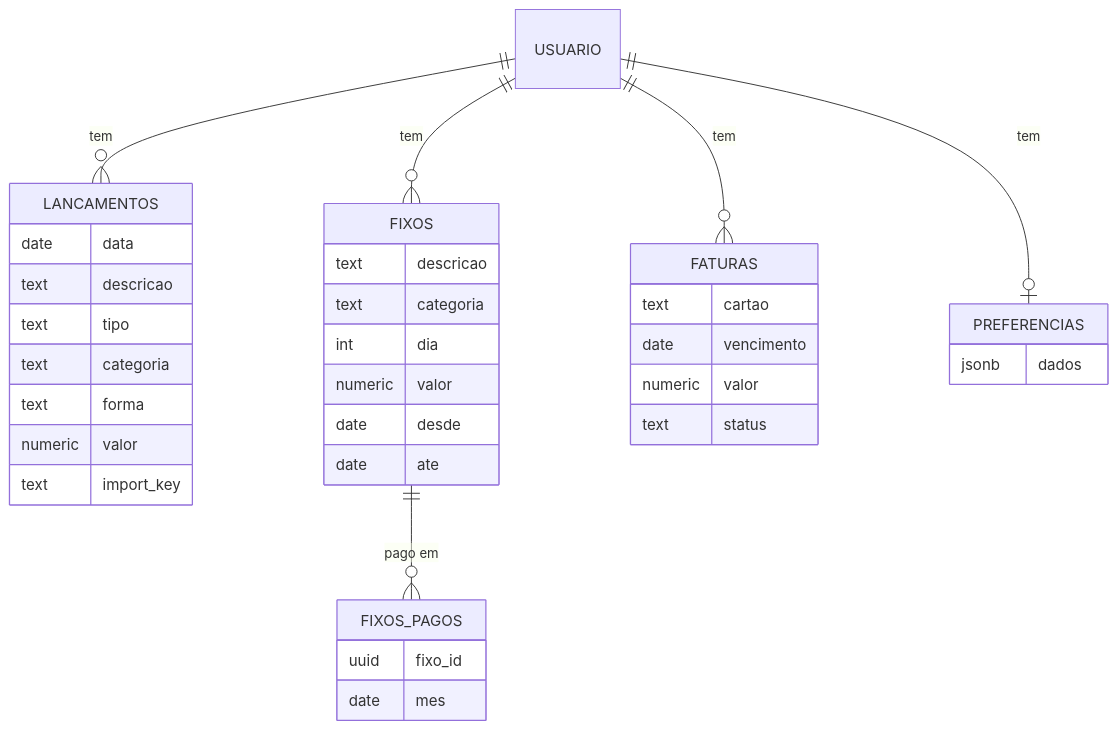
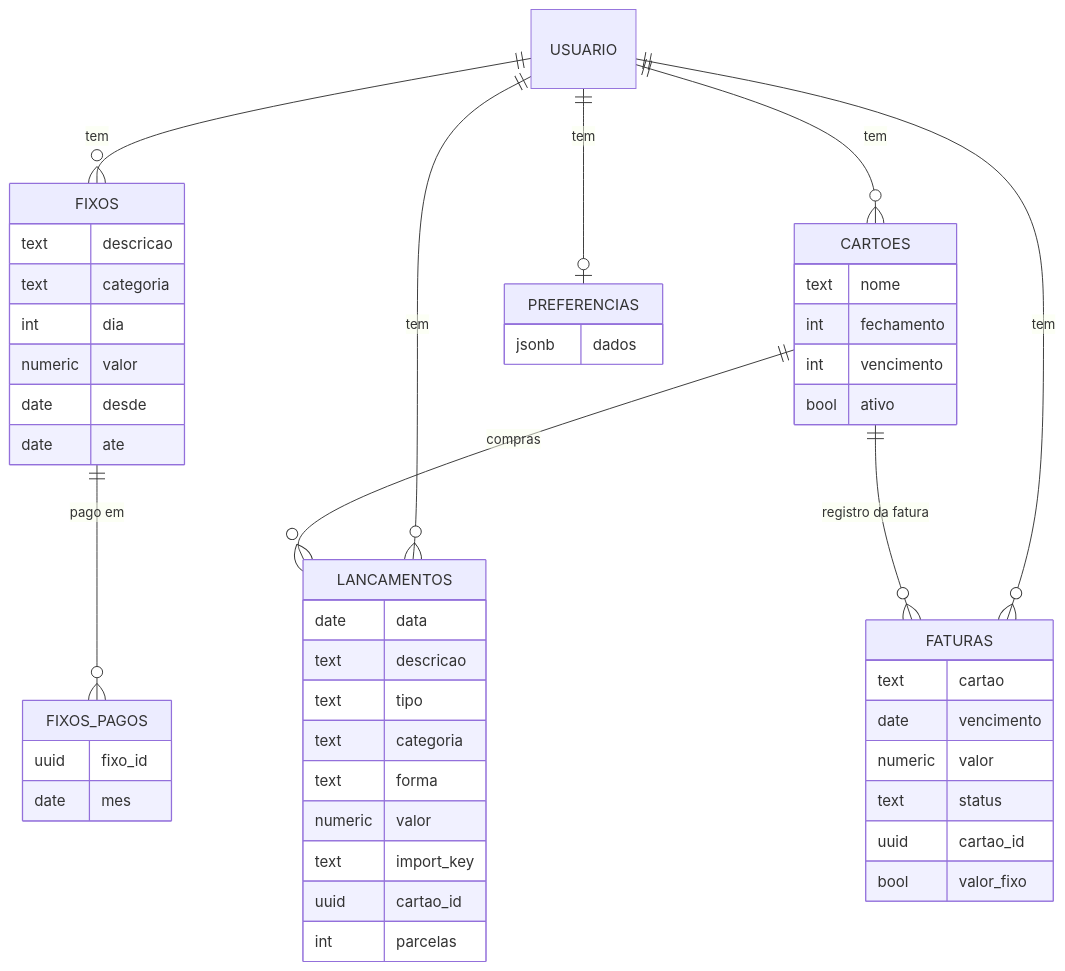
Before and after one commit to MarcosHenriqueBarbosaSantos/controle-gastos-pwa: the second of 2 diagrams in README.md, drawn with Mermaid. The commit also changed other lines of this file and 13 other files, not shown here.

````diff
--- a/README.md
+++ b/README.md
@@ -75,38 +79,51 @@
 ```mermaid
 erDiagram
   USUARIO ||--o{ LANCAMENTOS : tem
   USUARIO ||--o{ FIXOS : tem
   USUARIO ||--o{ FATURAS : tem
+  USUARIO ||--o{ CARTOES : tem
+  CARTOES ||--o{ LANCAMENTOS : "compras"
+  CARTOES ||--o{ FATURAS : "registro da fatura"
   FIXOS ||--o{ FIXOS_PAGOS : "pago em"
   USUARIO ||--o| PREFERENCIAS : tem
   LANCAMENTOS {
     date data
     text descricao
     text tipo
     text categoria
     text forma
     numeric valor
     text import_key
+    uuid cartao_id
+    int parcelas
+  }
+  CARTOES {
+    text nome
+    int fechamento
+    int vencimento
+    bool ativo
   }
   FIXOS {
     text descricao
     text categoria
     int dia
     numeric valor
     date desde
     date ate
   }
   FIXOS_PAGOS {
     uuid fixo_id
     date mes
   }
   PREFERENCIAS {
     jsonb dados
   }
   FATURAS {
     text cartao
     date vencimento
     numeric valor
     text status
+    uuid cartao_id
+    bool valor_fixo
   }
 ```
````
